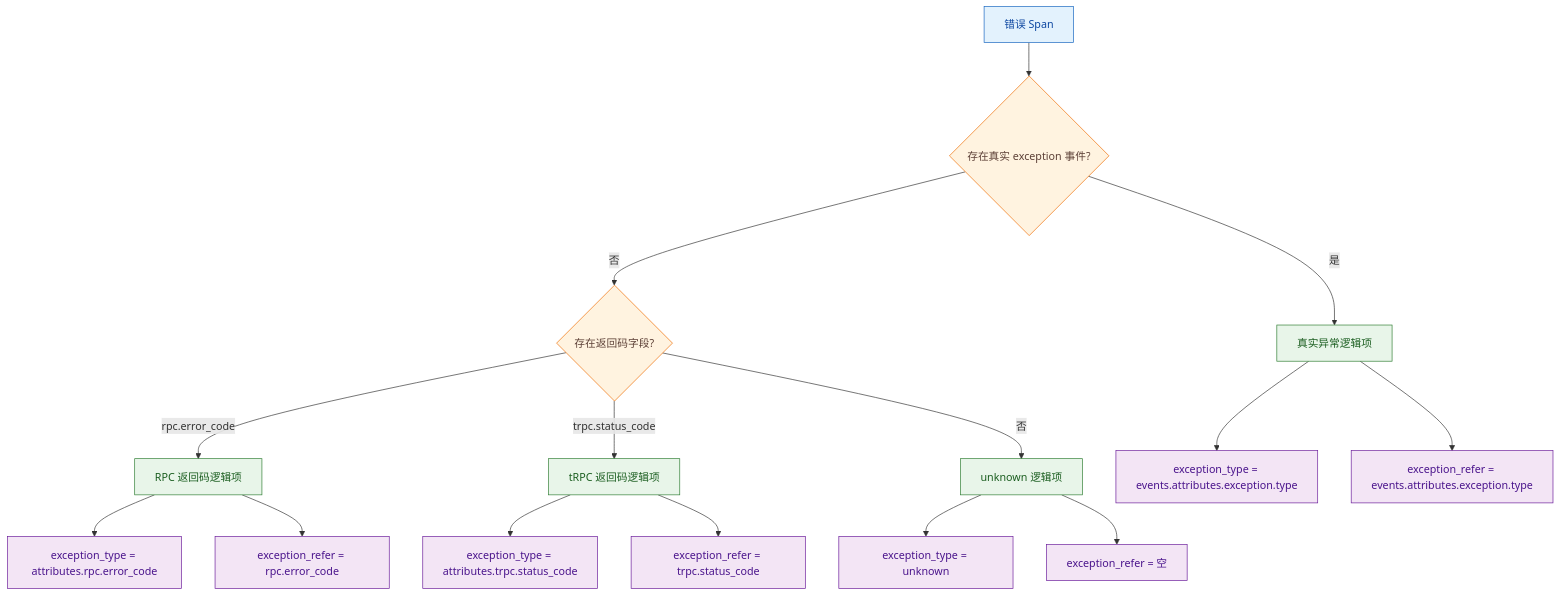
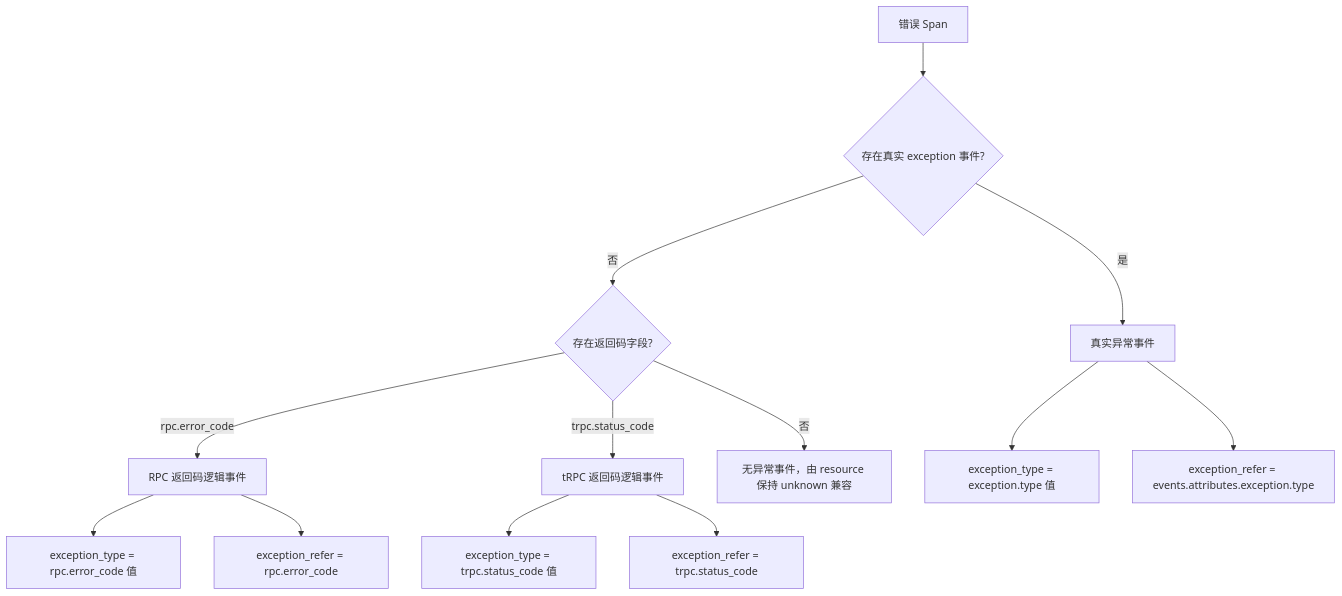
One commit to ZhuoZhuoCrayon/ai-workspace changed the first of 2 diagrams in knowledge/bkmonitor/issues/2026-05-31-apm-error-view-trpc-adaptation/PLAN.md. Above: the diagram before and after it, drawn with Mermaid. The commit also changed other lines of this file, not shown here.

Commit message:
docs(knowledge): tighten apm error view plan

````diff
--- a/knowledge/bkmonitor/issues/2026-05-31-apm-error-view-trpc-adaptation/PLAN.md
+++ b/knowledge/bkmonitor/issues/2026-05-31-apm-error-view-trpc-adaptation/PLAN.md
@@ -78,27 +65,16 @@
 ```mermaid
 flowchart TD
     A["错误 Span"] --> B{"存在真实 exception 事件?"}
-    B -- "是" --> C["真实异常逻辑项"]
+    B -- "是" --> C["真实异常事件"]
     B -- "否" --> D{"存在返回码字段?"}
-    D -- "rpc.error_code" --> E["RPC 返回码逻辑项"]
-    D -- "trpc.status_code" --> F["tRPC 返回码逻辑项"]
-    D -- "否" --> G["unknown 逻辑项"]
+    D -- "rpc.error_code" --> E["RPC 返回码逻辑事件"]
+    D -- "trpc.status_code" --> F["tRPC 返回码逻辑事件"]
+    D -- "否" --> G["无异常事件，由 resource 保持 unknown 兼容"]
 
-    C --> H["exception_type = events.attributes.exception.type"]
+    C --> H["exception_type = exception.type 值"]
     C --> I["exception_refer = events.attributes.exception.type"]
-    E --> J["exception_type = attributes.rpc.error_code"]
+    E --> J["exception_type = rpc.error_code 值"]
     E --> K["exception_refer = rpc.error_code"]
-    F --> L["exception_type = attributes.trpc.status_code"]
+    F --> L["exception_type = trpc.status_code 值"]
     F --> M["exception_refer = trpc.status_code"]
-    G --> N["exception_type = unknown"]
-    G --> O["exception_refer = 空"]
-
-    classDef source fill:#e3f2fd,stroke:#1565c0,color:#0d47a1
-    classDef decision fill:#fff3e0,stroke:#ef6c00,color:#5d4037
-    classDef logical fill:#e8f5e9,stroke:#2e7d32,color:#1b5e20
-    classDef field fill:#f3e5f5,stroke:#6a1b9a,color:#4a148c
-    class A source
-    class B,D decision
-    class C,E,F,G logical
-    class H,I,J,K,L,M,N,O field
 ```
````
